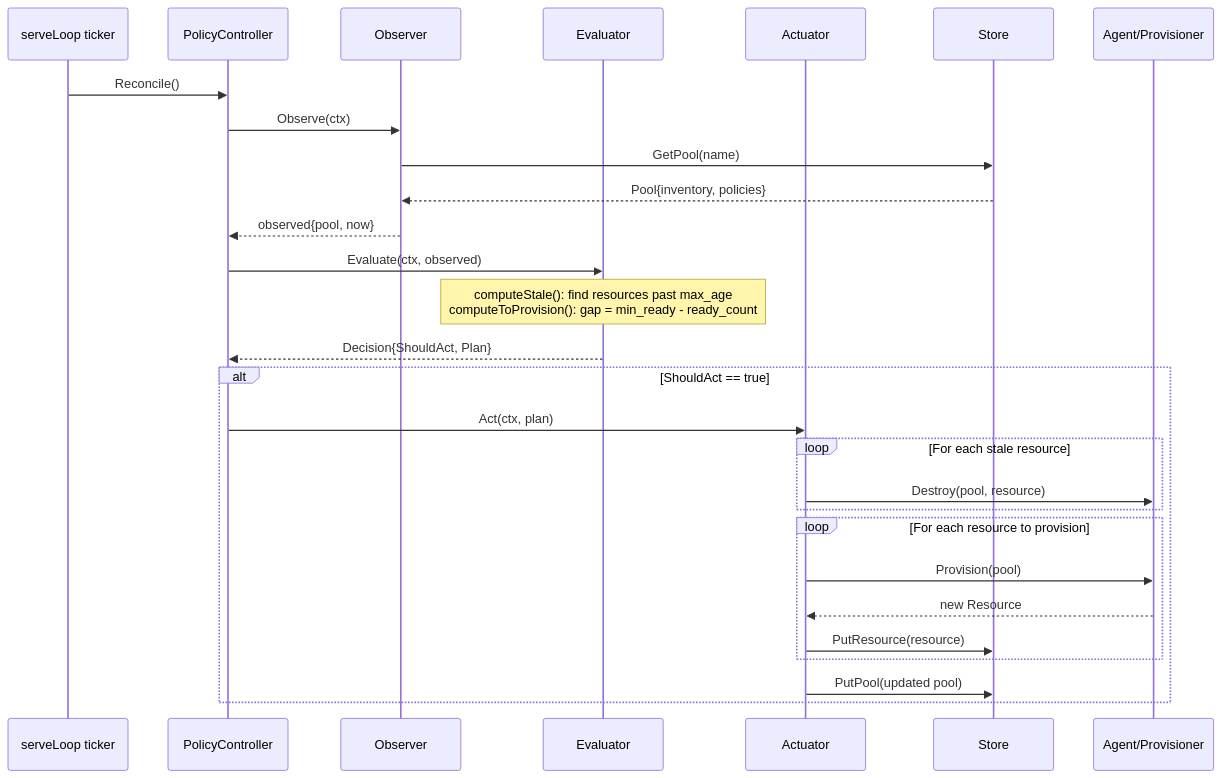
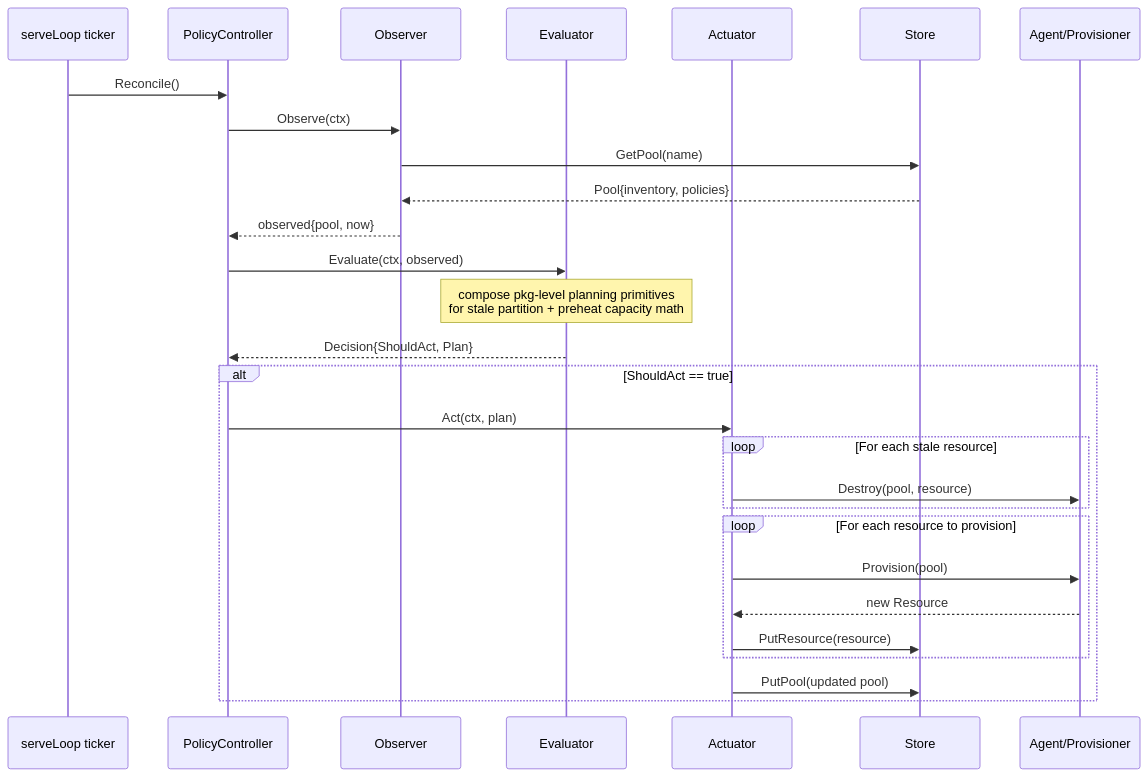
The ninth of 12 diagrams in docs/architecture.md (Geogboe/boxy), drawn with Mermaid before and after one commit. The commit also changed 5 other files, not shown here.

First line of the commit message:
feat: extract pool preheat/recycle planning seam into pkg/poolpolicy

````diff
--- a/docs/architecture.md
+++ b/docs/architecture.md
@@ -364,37 +364,37 @@
 ```mermaid
 sequenceDiagram
     participant Ticker as serveLoop ticker
     participant PC as PolicyController
     participant Observer as Observer
     participant Evaluator as Evaluator
     participant Actuator as Actuator
     participant Store as Store
     participant Agent as Agent/Provisioner
 
     Ticker->>PC: Reconcile()
 
     PC->>Observer: Observe(ctx)
     Observer->>Store: GetPool(name)
     Store-->>Observer: Pool{inventory, policies}
     Observer-->>PC: observed{pool, now}
 
     PC->>Evaluator: Evaluate(ctx, observed)
-    Note over Evaluator: computeStale(): find resources past max_age<br/>computeToProvision(): gap = min_ready - ready_count
+    Note over Evaluator: compose pkg-level planning primitives<br/>for stale partition + preheat capacity math
     Evaluator-->>PC: Decision{ShouldAct, Plan}
 
     alt ShouldAct == true
         PC->>Actuator: Act(ctx, plan)
 
         loop For each stale resource
             Actuator->>Agent: Destroy(pool, resource)
         end
 
         loop For each resource to provision
             Actuator->>Agent: Provision(pool)
             Agent-->>Actuator: new Resource
             Actuator->>Store: PutResource(resource)
         end
 
         Actuator->>Store: PutPool(updated pool)
     end
 ```
````
